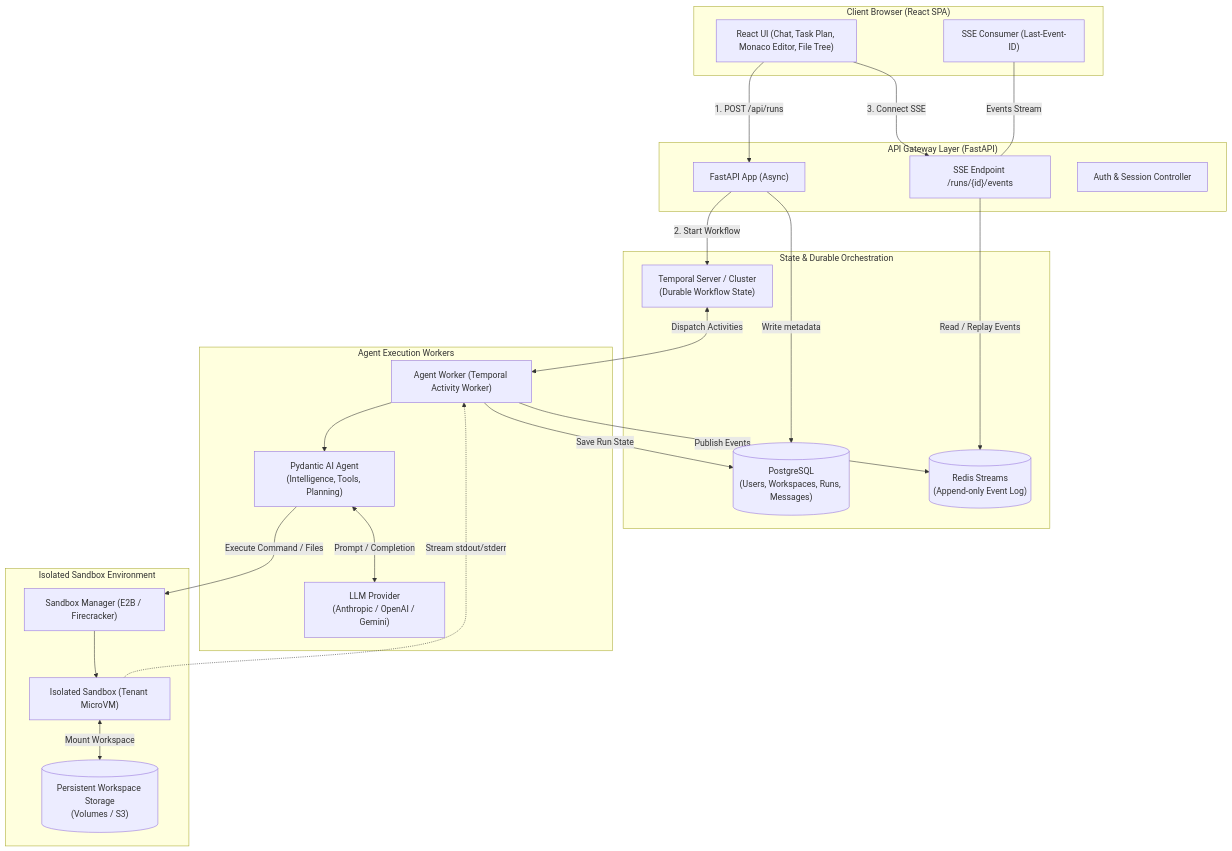
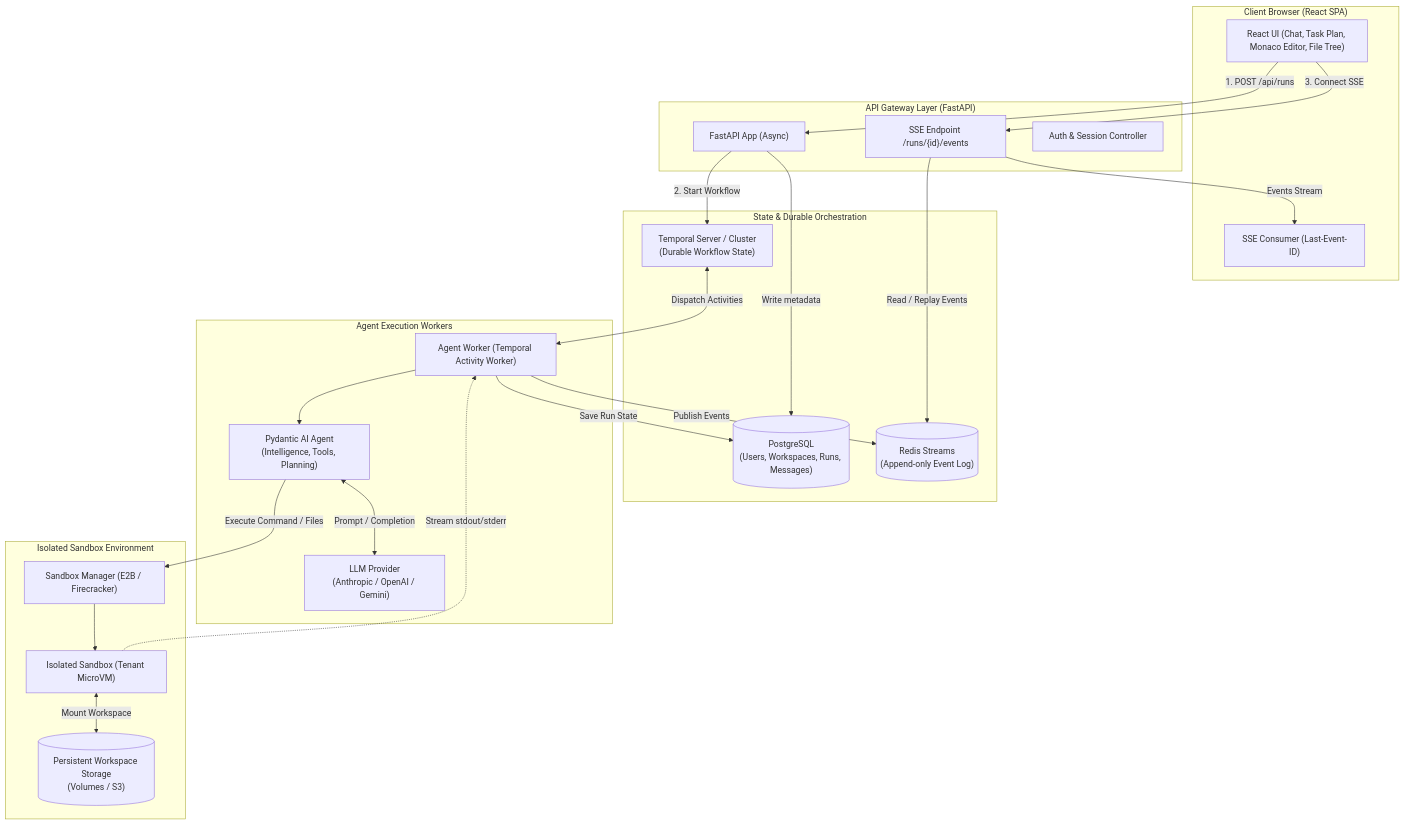
Before and after one commit to MohitMishra98/Spark: the diagram in docs/README.md, drawn with Mermaid. The commit also changed 2 other files, not shown here.

Commit message:
docs: fix rendering issues

````diff
--- a/docs/README.md
+++ b/docs/README.md
@@ -90,56 +90,56 @@
 ```mermaid
 flowchart TD
     subgraph Client["Client Browser (React SPA)"]
         UI["React UI (Chat, Task Plan, Monaco Editor, File Tree)"]
         SSE_Client["SSE Consumer (Last-Event-ID)"]
     end
 
     subgraph Gateway["API Gateway Layer (FastAPI)"]
         API["FastAPI App (Async)"]
         SSE_Endpoint["SSE Endpoint /runs/{id}/events"]
         Auth["Auth & Session Controller"]
     end
 
     subgraph StateAndCoordination["State & Durable Orchestration"]
         PG[("PostgreSQL\n(Users, Workspaces, Runs, Messages)")]
         RedisStreams[("Redis Streams\n(Append-only Event Log)")]
         TemporalCluster["Temporal Server / Cluster\n(Durable Workflow State)"]
     end
 
     subgraph ExecutionLayer["Agent Execution Workers"]
         AgentWorker["Agent Worker (Temporal Activity Worker)"]
         PydanticAI["Pydantic AI Agent\n(Intelligence, Tools, Planning)"]
         LLM["LLM Provider\n(Anthropic / OpenAI / Gemini)"]
     end
 
     subgraph SandboxLayer["Isolated Sandbox Environment"]
         SandboxMgr["Sandbox Manager (E2B / Firecracker)"]
         IsolatedSandbox["Isolated Sandbox (Tenant MicroVM)"]
         PersistentStorage[("Persistent Workspace Storage\n(Volumes / S3)")]
     end
 
     %% Client Interactions
     UI -->|1. POST /api/runs| API
     UI -->|3. Connect SSE| SSE_Endpoint
-    SSE_Client <---|Events Stream| SSE_Endpoint
+    SSE_Endpoint -->|Events Stream| SSE_Client
 
     %% Gateway to Coordination
     API -->|Write metadata| PG
     API -->|2. Start Workflow| TemporalCluster
     SSE_Endpoint -->|Read / Replay Events| RedisStreams
 
     %% Workflow Orchestration
     TemporalCluster <-->|Dispatch Activities| AgentWorker
 
     %% Worker Execution
     AgentWorker --> PydanticAI
     PydanticAI <-->|Prompt / Completion| LLM
     AgentWorker -->|Publish Events| RedisStreams
     AgentWorker -->|Save Run State| PG
 
     %% Tool & Code Execution
     PydanticAI -->|Execute Command / Files| SandboxMgr
     SandboxMgr --> IsolatedSandbox
     IsolatedSandbox <-->|Mount Workspace| PersistentStorage
     IsolatedSandbox -.->|Stream stdout/stderr| AgentWorker
 ```
````
